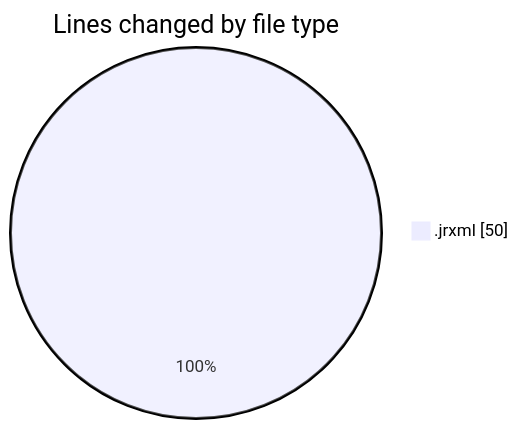
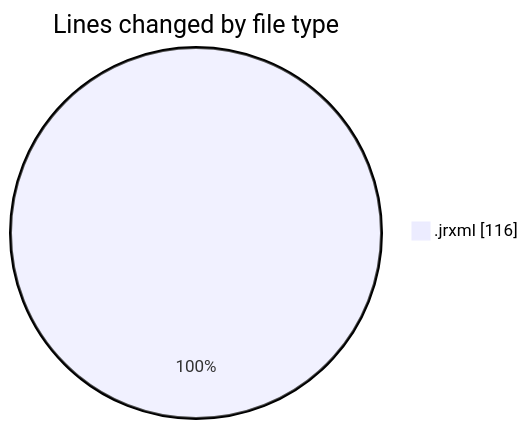
The first of 2 diagrams in 2026-06-29/cilreports__workspace_/README.md (ricardozamudiocil/code-tracking), drawn with Mermaid before and after one commit. The commit also changed other lines of this file and 1 other file, not shown here.

````diff
--- a/2026-06-29/cilreports__workspace_/README.md
+++ b/2026-06-29/cilreports__workspace_/README.md
@@ -20,5 +20,5 @@
 ```mermaid
 pie showData
 title Lines changed by file type
-".jrxml" : 50
+".jrxml" : 116
 ```
````
